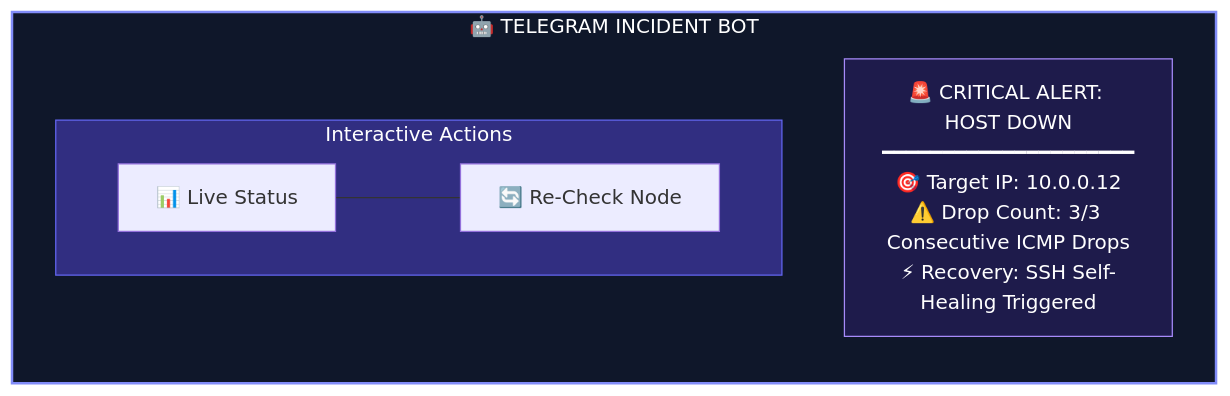
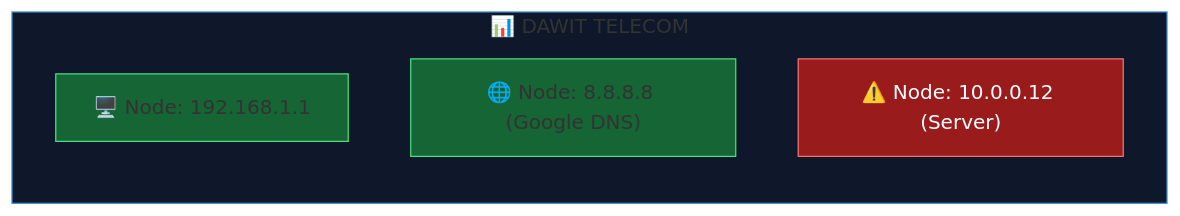
One commit to Dawit21-27/dawit-enterprise-network-monitor-autofix changed the third of 3 diagrams in PRESENTATION.md. Above: the diagram before and after it, drawn with Mermaid. The commit also changed other lines of this file, not shown here.

````diff
--- a/PRESENTATION.md
+++ b/PRESENTATION.md
@@ -67,16 +67,14 @@
-   ```mermaid
+```mermaid
 flowchart TD
-    subgraph Bot["🤖 TELEGRAM INCIDENT BOT"]
+    subgraph Dashboard["📊 DAWIT TELECOM"]
         direction TB
-        Alert["🚨 CRITICAL ALERT: HOST DOWN<br/>━━━━━━━━━━━━━━━━━━━━━<br/>🎯 Target IP: 10.0.0.12<br/>⚠️ Drop Count: 3/3 Consecutive ICMP Drops<br/>⚡ Recovery: SSH Self-Healing Triggered"]
-        
-        subgraph Buttons["Interactive Actions"]
-            B1["📊 Live Status"] --- B2["🔄 Re-Check Node"]
-        end
+        N1["🖥️ Node: 192.168.1.1"]
+        N2["🌐 Node: 8.8.8.8 (Google DNS)"]
+        N3["⚠️ Node: 10.0.0.12 (Server)"]
     end
 
-    style Bot fill:#0f172a,stroke:#818cf8,stroke-width:2px,color:#fff
-    style Alert fill:#1e1b4b,stroke:#a78bfa,stroke-width:1px,color:#fff
-    style Buttons fill:#312e81,stroke:#6366f1,color:#fff
-
-    ```
+    style Dashboard fill:#0f172a,stroke:#38c
+    style N1 fill:#166534,stroke:#4ade80
+    style N2 fill:#166534,stroke:#4ade80
+    style N3 fill:#991b1b,stroke:#f87171,color:#fff
+```
````
